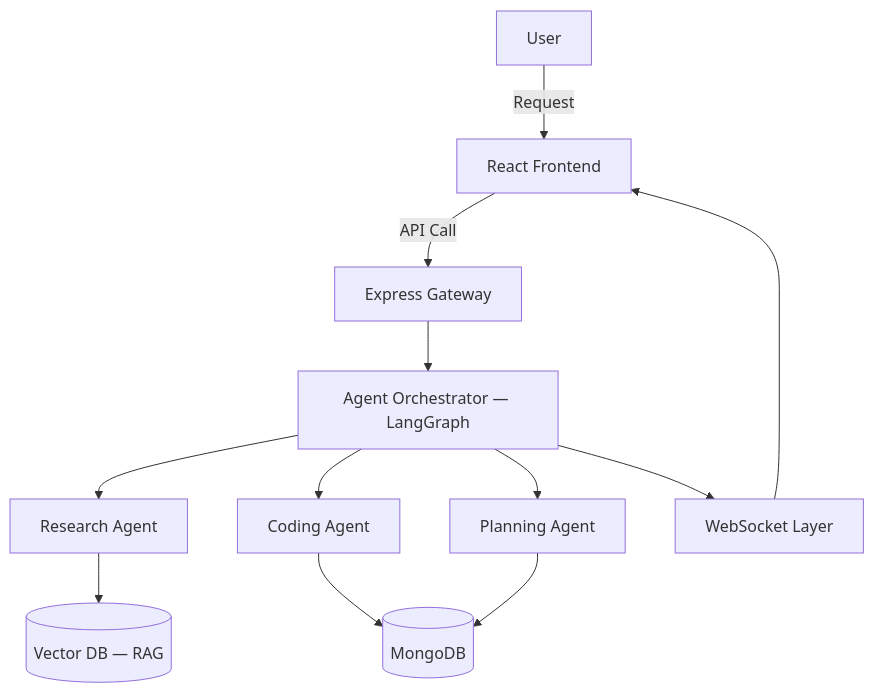
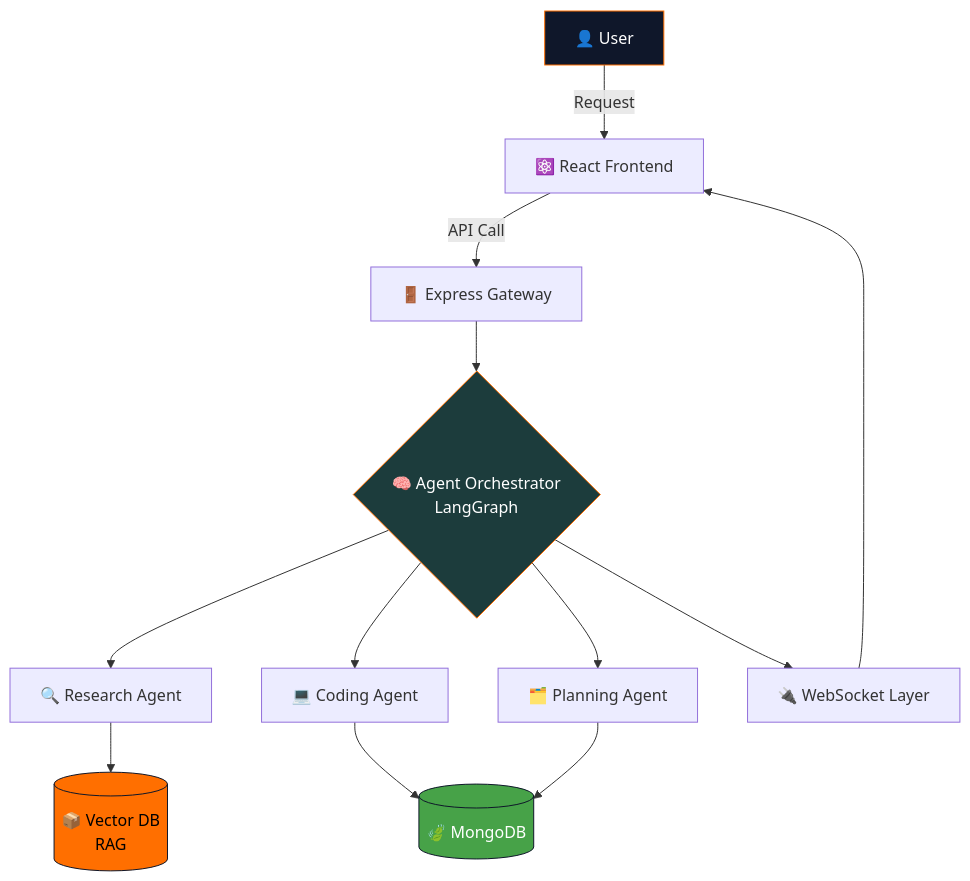
One commit to Aniruddha-Shukla/CORTEX-AI changed the diagram in README.md. Above: the diagram before and after it, drawn with Mermaid. The commit also changed other lines of this file, not shown here.

````diff
--- a/README.md
+++ b/README.md
@@ -43,14 +79,19 @@
 ```mermaid
 flowchart TD
-    A[User] -->|Request| B[React Frontend]
-    B -->|API Call| C[Express Gateway]
-    C --> D[Agent Orchestrator — LangGraph]
-    D --> E[Research Agent]
-    D --> F[Coding Agent]
-    D --> G[Planning Agent]
-    E --> H[(Vector DB — RAG)]
-    F --> I[(MongoDB)]
+    A[👤 User] -->|Request| B[⚛️ React Frontend]
+    B -->|API Call| C[🚪 Express Gateway]
+    C --> D{🧠 Agent Orchestrator<br/>LangGraph}
+    D --> E[🔍 Research Agent]
+    D --> F[💻 Coding Agent]
+    D --> G[🗂️ Planning Agent]
+    E --> H[(📦 Vector DB<br/>RAG)]
+    F --> I[(🍃 MongoDB)]
     G --> I
-    D --> J[WebSocket Layer]
+    D --> J[🔌 WebSocket Layer]
     J --> B
+
+    style A fill:#0F172A,stroke:#FF6F00,color:#fff
+    style D fill:#1C3C3C,stroke:#FF6F00,color:#fff
+    style H fill:#FF6F00,stroke:#0F172A,color:#000
+    style I fill:#47A248,stroke:#0F172A,color:#fff
 ```
````
